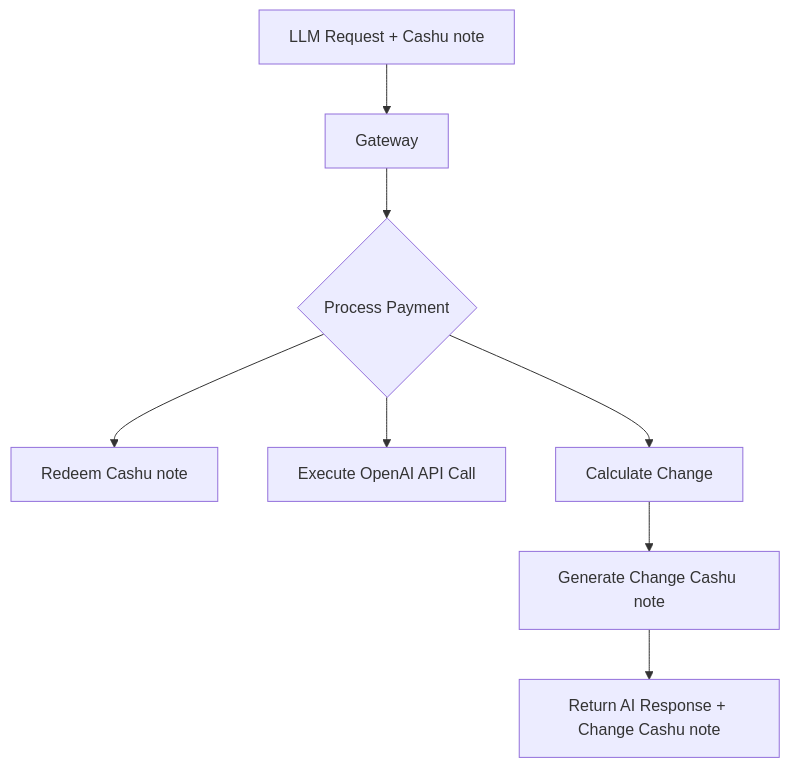
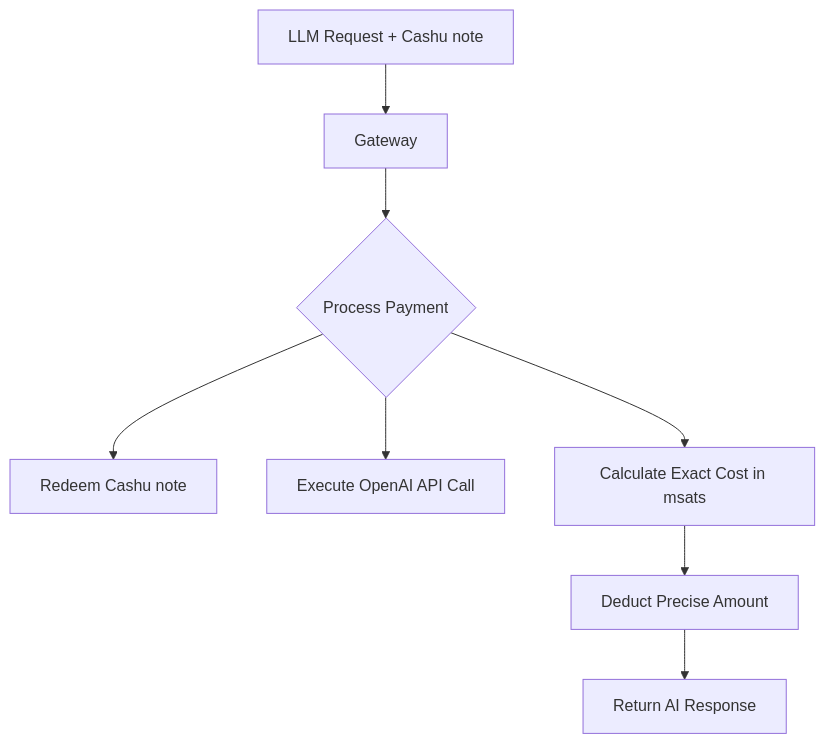
The third of 4 diagrams in README.md (Routstr/otrta-client), drawn with Mermaid before and after one commit. The commit also changed other lines of this file and 1 other file, not shown here.

Commit message:
update for msats approach

````diff
--- a/README.md
+++ b/README.md
@@ -91,10 +91,10 @@
 ```mermaid
 flowchart
     A[LLM Request + Cashu note] --> B[Gateway]
     B --> C{Process Payment}
     C --> D[Redeem Cashu note]
     C --> E[Execute OpenAI API Call]
-    C --> F[Calculate Change]
-    F --> G[Generate Change Cashu note]
-    G --> H[Return AI Response + Change Cashu note]
+    C --> F[Calculate Exact Cost in msats]
+    F --> G[Deduct Precise Amount]
+    G --> H[Return AI Response]
 ```
````
